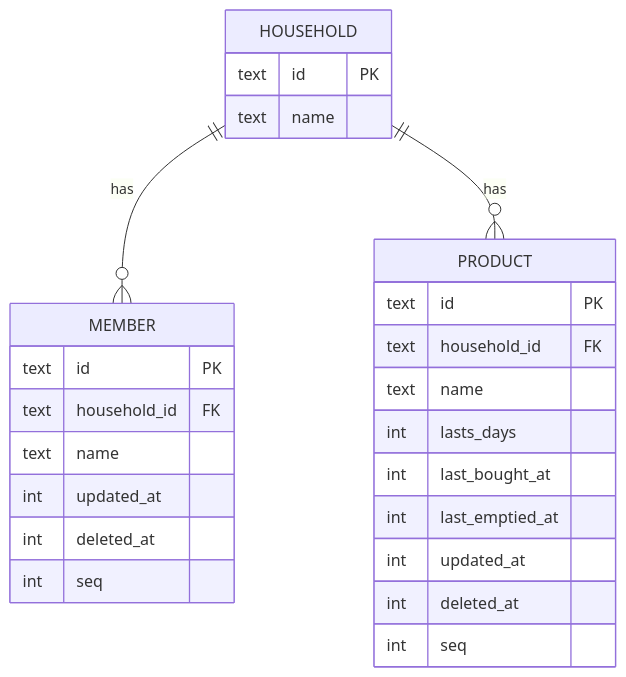
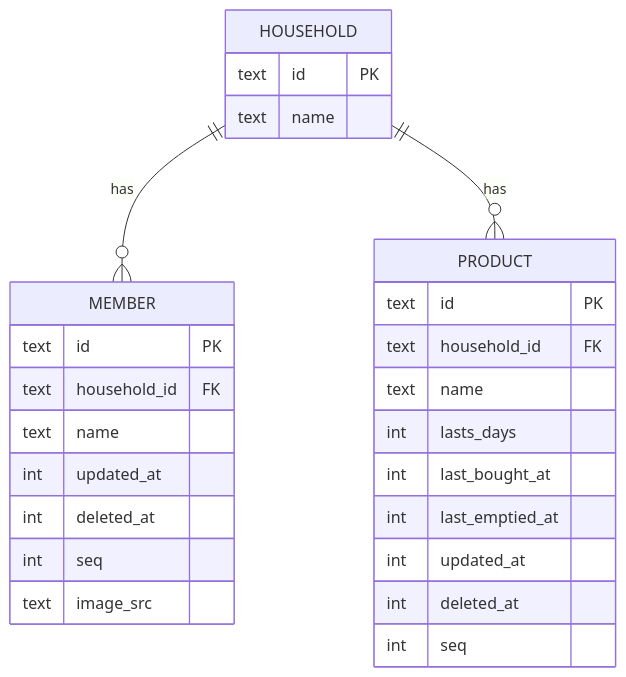
The second of 3 diagrams in design.md (juancini/NoSeQueHayEnLaHeladera), drawn with Mermaid before and after one commit. The commit also changed other lines of this file and 23 other files, not shown here.

````diff
--- a/design.md
+++ b/design.md
@@ -116,28 +120,29 @@
 ```mermaid
 erDiagram
   HOUSEHOLD ||--o{ MEMBER : has
   HOUSEHOLD ||--o{ PRODUCT : has
   HOUSEHOLD {
     text id PK
     text name
   }
   MEMBER {
     text id PK
     text household_id FK
     text name
     int updated_at
     int deleted_at
     int seq
+    text image_src
   }
   PRODUCT {
     text id PK
     text household_id FK
     text name
     int lasts_days
     int last_bought_at
     int last_emptied_at
     int updated_at
     int deleted_at
     int seq
   }
 ```
````
